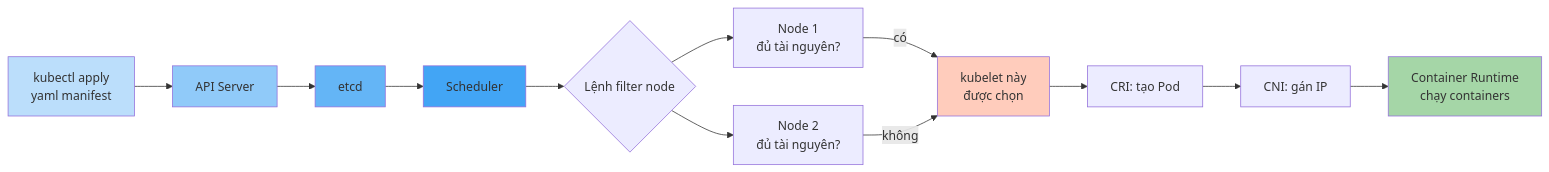
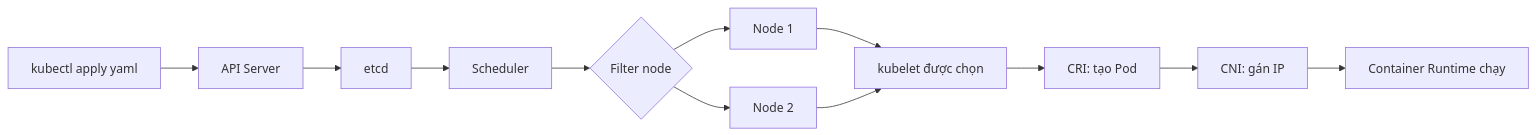
The diagram in DevOps/Docker K8s/Section 01 Getting Started/014. Docker to Kubernetes Learning Roadmap.md (rgb-vgx/Open-Knowledge), drawn with Mermaid before and after one commit. The commit also changed other lines of this file and 7 other files, not shown here.

````diff
--- a/DevOps/Docker K8s/Section 01 Getting Started/014. Docker to Kubernetes Learning Roadmap.md
+++ b/DevOps/Docker K8s/Section 01 Getting Started/014. Docker to Kubernetes Learning Roadmap.md
@@ -49,21 +63,14 @@
 ```mermaid
 flowchart LR
-    A[kubectl apply<br/>yaml manifest] --> B[API Server]
+    A[kubectl apply yaml] --> B[API Server]
     B --> C[etcd]
     C --> D[Scheduler]
-    D --> E{Lệnh filter node}
-    E --> F[Node 1<br/>đủ tài nguyên?]
-    E --> G[Node 2<br/>đủ tài nguyên?]
-    F -- có --> H[kubelet này<br/>được chọn]
-    G -- không --> H
+    D --> E{Filter node}
+    E --> F[Node 1]
+    E --> G[Node 2]
+    F --> H[kubelet được chọn]
+    G --> H
     H --> I[CRI: tạo Pod]
     I --> J[CNI: gán IP]
-    J --> K[Container Runtime<br/>chạy containers]
-    
-    style A fill:#bbdefb
-    style B fill:#90caf9
-    style C fill:#64b5f6
-    style D fill:#42a5f5
-    style H fill:#ffccbc
-    style K fill:#a5d6a7
+    J --> K[Container Runtime chạy]
 ```
````
